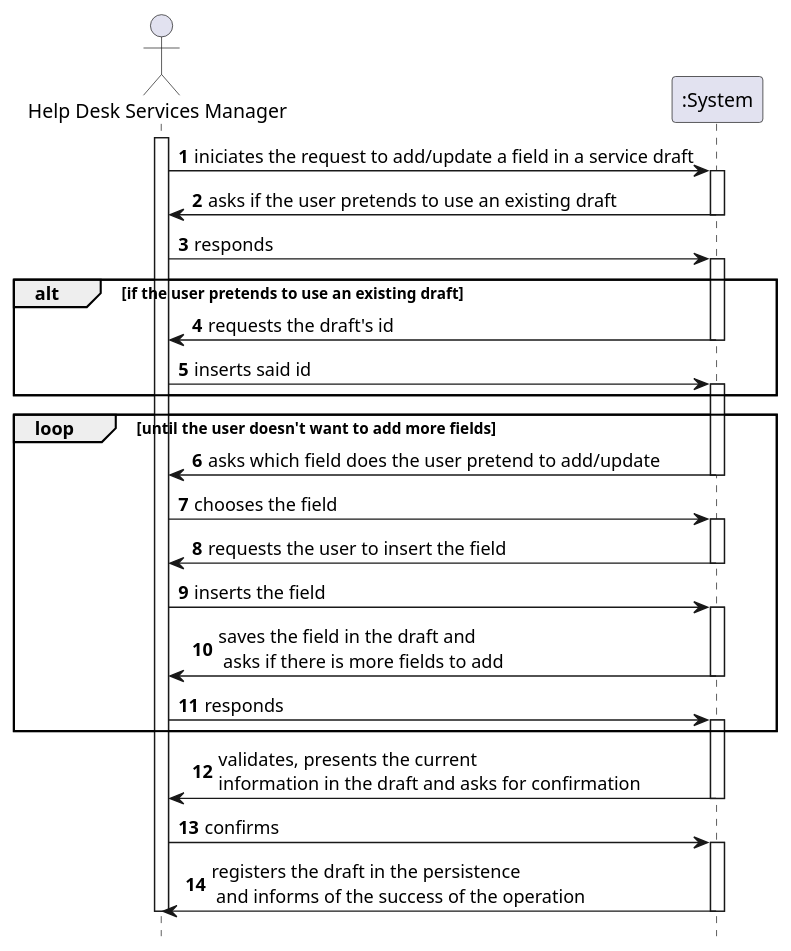
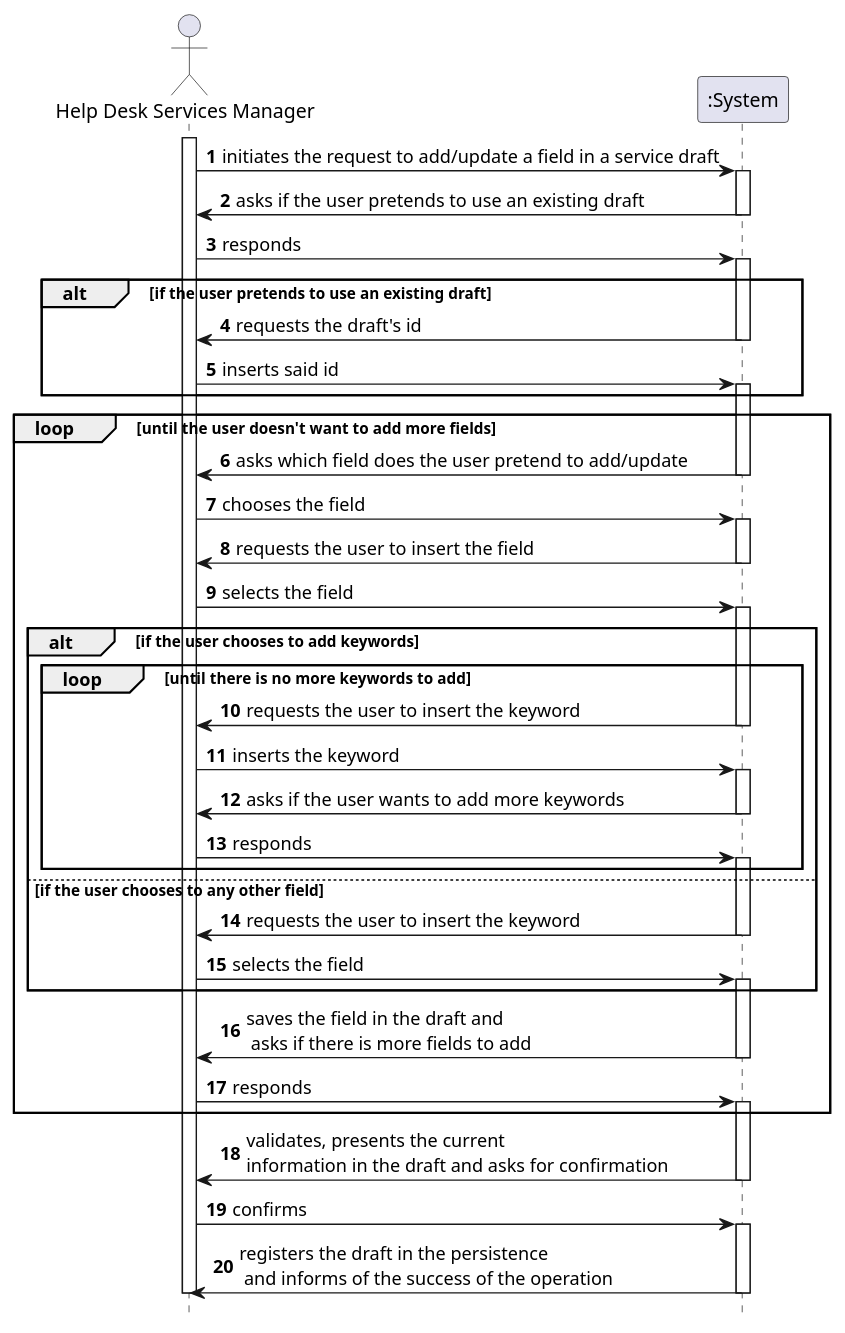
The diagram in doc/engenharia/SprintB/1190967/US-1-2002_EspecificarServico/DraftFieldSpecification/US-1-2002_SSD.puml (tiagoavcosta25/LAPR4), drawn with PlantUML before and after one commit. The commit also changed 6 other files, not shown here.

Commit message:
LAPR4-67 #design #fixing Service Draft Specification Field - Class Diagram

```diff
--- a/doc/engenharia/SprintB/1190967/US-1-2002_EspecificarServico/DraftFieldSpecification/US-1-2002_SSD.puml
+++ b/doc/engenharia/SprintB/1190967/US-1-2002_EspecificarServico/DraftFieldSpecification/US-1-2002_SSD.puml
@@ -1,57 +1,80 @@
 @startuml
 autonumber
 hide footbox
 
 actor "Help Desk Services Manager" as HSM
 participant ":System" as SYST
 
 activate HSM
 
-HSM -> SYST : iniciates the request to add/update a field in a service draft
+HSM -> SYST : initiates the request to add/update a field in a service draft
 activate SYST
 
 SYST -> HSM : asks if the user pretends to use an existing draft
 deactivate SYST
 
 HSM -> SYST : responds
 activate SYST
 
 alt if the user pretends to use an existing draft
 SYST -> HSM : requests the draft's id
 deactivate SYST
 
 HSM -> SYST : inserts said id
 activate SYST
 end
 
 loop until the user doesn't want to add more fields
 SYST -> HSM : asks which field does the user pretend to add/update
 deactivate SYST
 
 HSM -> SYST : chooses the field
 activate SYST
 
 SYST -> HSM : requests the user to insert the field
 deactivate SYST
 
-HSM -> SYST : inserts the field
+HSM -> SYST : selects the field
 activate SYST
+
+alt if the user chooses to add keywords
+loop until there is no more keywords to add
+SYST -> HSM : requests the user to insert the keyword
+deactivate SYST
+
+HSM -> SYST : inserts the keyword
+activate SYST
+
+SYST -> HSM : asks if the user wants to add more keywords
+deactivate SYST
+
+HSM -> SYST : responds
+activate SYST
+end
+
+else if the user chooses to any other field
+SYST -> HSM : requests the user to insert the keyword
+deactivate SYST
+
+HSM -> SYST : selects the field
+activate SYST
+end
 
 SYST -> HSM : saves the field in the draft and\n asks if there is more fields to add
 deactivate SYST
 
 HSM -> SYST : responds
 activate SYST
 end
 
 SYST -> HSM : validates, presents the current \ninformation in the draft and asks for confirmation
 deactivate SYST
 
 HSM -> SYST : confirms
 activate SYST
 
 SYST -> HSM : registers the draft in the persistence\n and informs of the success of the operation
 deactivate SYST
 deactivate HSM
 
 @enduml
```
